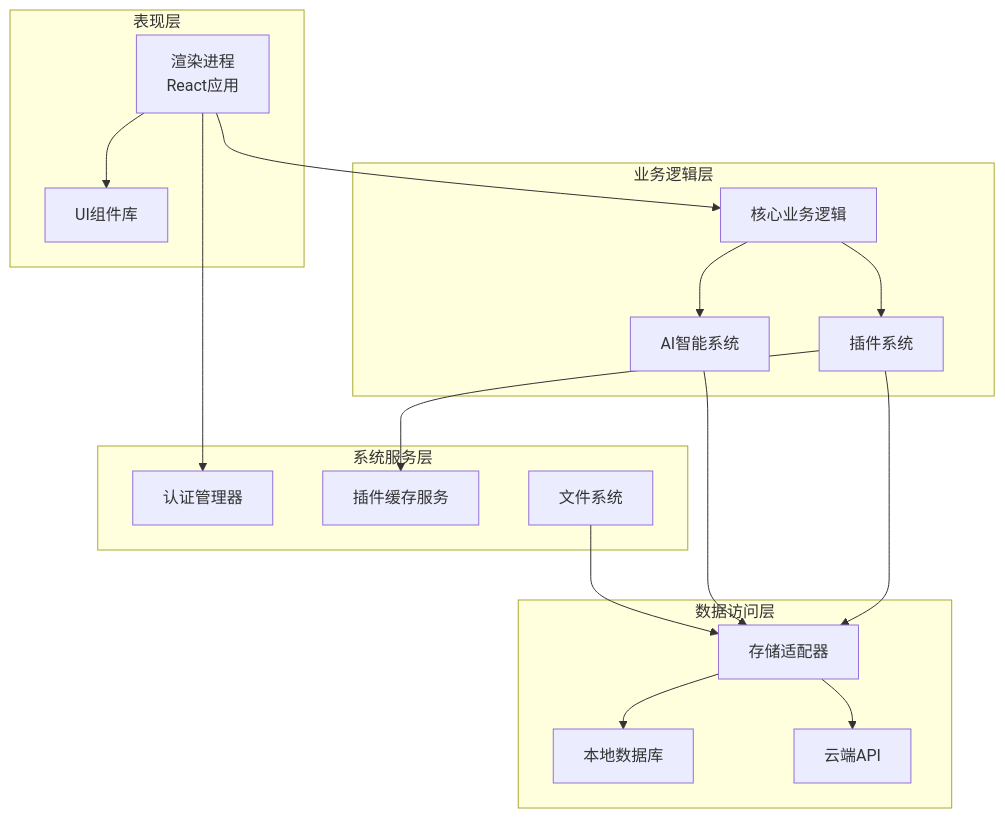
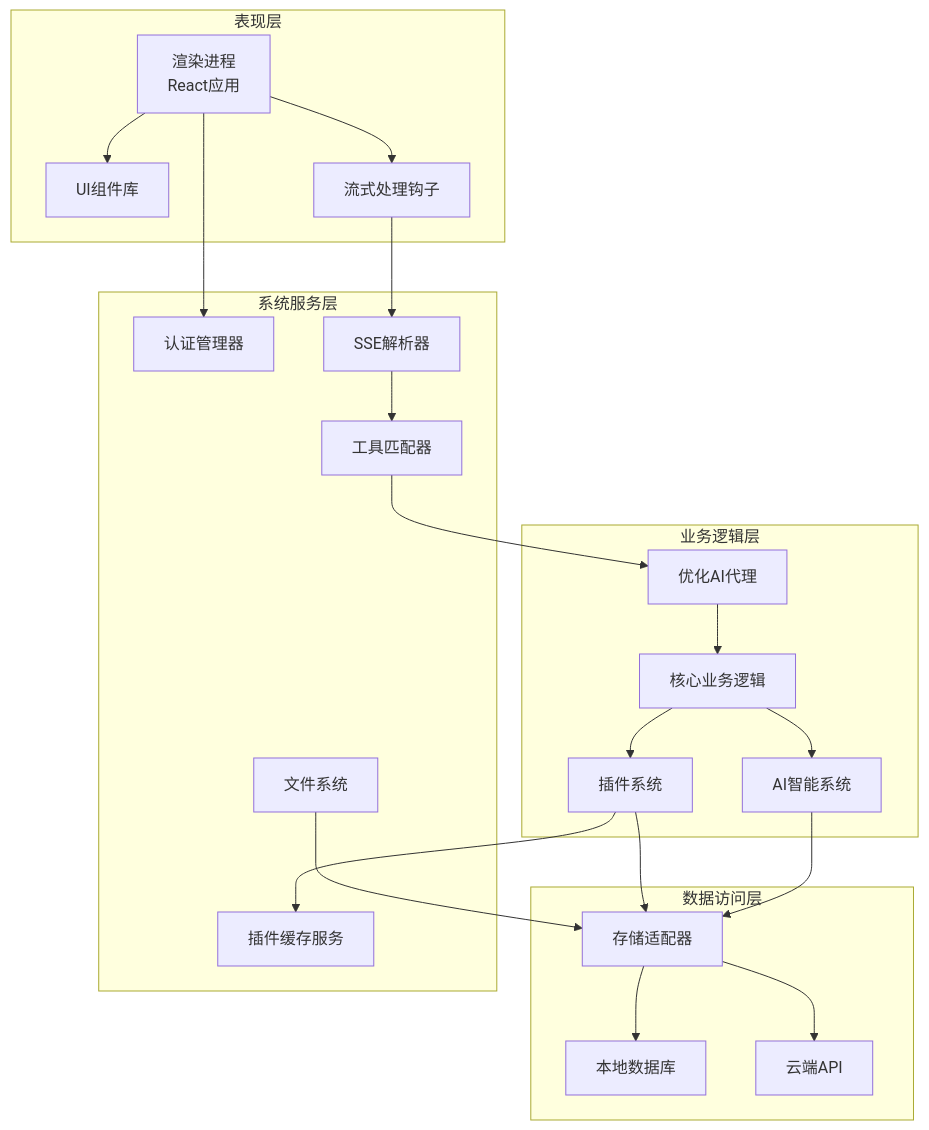
Before and after one commit to LRF0422/Kotion: the second of 9 diagrams in .qoder/repowiki/zh/content/功能模块/AI插件/AI基础架构系统/AI聊天客户端系统.md, drawn with Mermaid. The commit also changed other lines of this file and 10 other files, not shown here.

````diff
--- a/.qoder/repowiki/zh/content/功能模块/AI插件/AI基础架构系统/AI聊天客户端系统.md
+++ b/.qoder/repowiki/zh/content/功能模块/AI插件/AI基础架构系统/AI聊天客户端系统.md
@@ -127,33 +152,41 @@
 ```mermaid
 graph TB
 subgraph "表现层"
 Renderer[渲染进程<br/>React应用]
 UIComponents[UI组件库]
+StreamingHooks[流式处理钩子]
 end
 subgraph "业务逻辑层"
 CoreLogic[核心业务逻辑]
 PluginSystem[插件系统]
 AISystem[AI智能系统]
+AgentOptimized[优化AI代理]
 end
 subgraph "数据访问层"
 StorageAdapter[存储适配器]
 Database[本地数据库]
 CloudAPI[云端API]
 end
 subgraph "系统服务层"
 AuthManager[认证管理器]
 PluginCache[插件缓存服务]
 FileSystem[文件系统]
+SSEParser[SSE解析器]
+ToolMatcher[工具匹配器]
 end
 Renderer --> UIComponents
-Renderer --> CoreLogic
+Renderer --> StreamingHooks
+StreamingHooks --> SSEParser
+SSEParser --> ToolMatcher
+ToolMatcher --> AgentOptimized
+AgentOptimized --> CoreLogic
 CoreLogic --> PluginSystem
 CoreLogic --> AISystem
 PluginSystem --> StorageAdapter
 AISystem --> StorageAdapter
 StorageAdapter --> Database
 StorageAdapter --> CloudAPI
 Renderer --> AuthManager
 PluginSystem --> PluginCache
 FileSystem --> StorageAdapter
 ```
````
